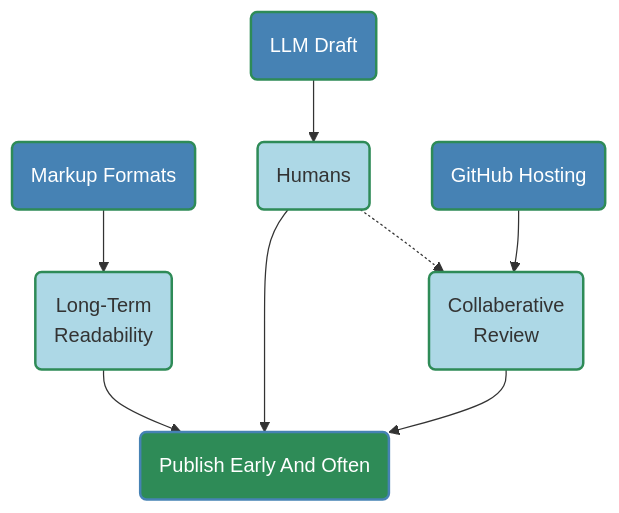
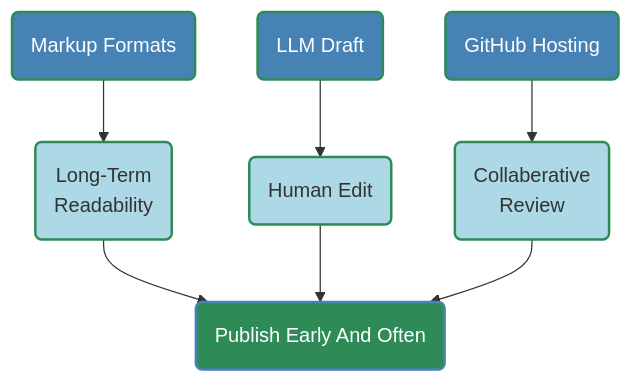
Before and after one commit to buckeye43210/markdown-to-snowkb: the sixth of 12 diagrams in README.md, drawn with Mermaid.

````diff
--- a/README.md
+++ b/README.md
@@ -354,25 +354,24 @@
 ```mermaid
 graph TD
     A(Markup Formats)
     B(Long-Term<br> Readability)
     C(LLM Draft)
-    D(Humans)
+    D(Human Edit)
     E(GitHub Hosting)
     F(Collaberative<br> Review)
     G(Publish Early And Often)
     A  --> B
     C  --> D
     E  --> F
     B  --> G
     D  --> G
     F  --> G
-    D -.-> F
 
     style A fill:#4682B4,stroke:#2E8B57,stroke-width:2px,color:#FFFFFF
     style B fill:#ADD8E6,stroke:#2E8B57,stroke-width:2px
     style C fill:#4682B4,stroke:#2E8B57,stroke-width:2px,color:#FFFFFF
     style D fill:#ADD8E6,stroke:#2E8B57,stroke-width:2px
     style E fill:#4682B4,stroke:#2E8B57,stroke-width:2px,color:#FFFFFF
     style F fill:#ADD8E6,stroke:#2E8B57,stroke-width:2px
     style G fill:#2E8B57,stroke:#4682B4,stroke-width:2px,color:#FFFFFF
 ```
````
